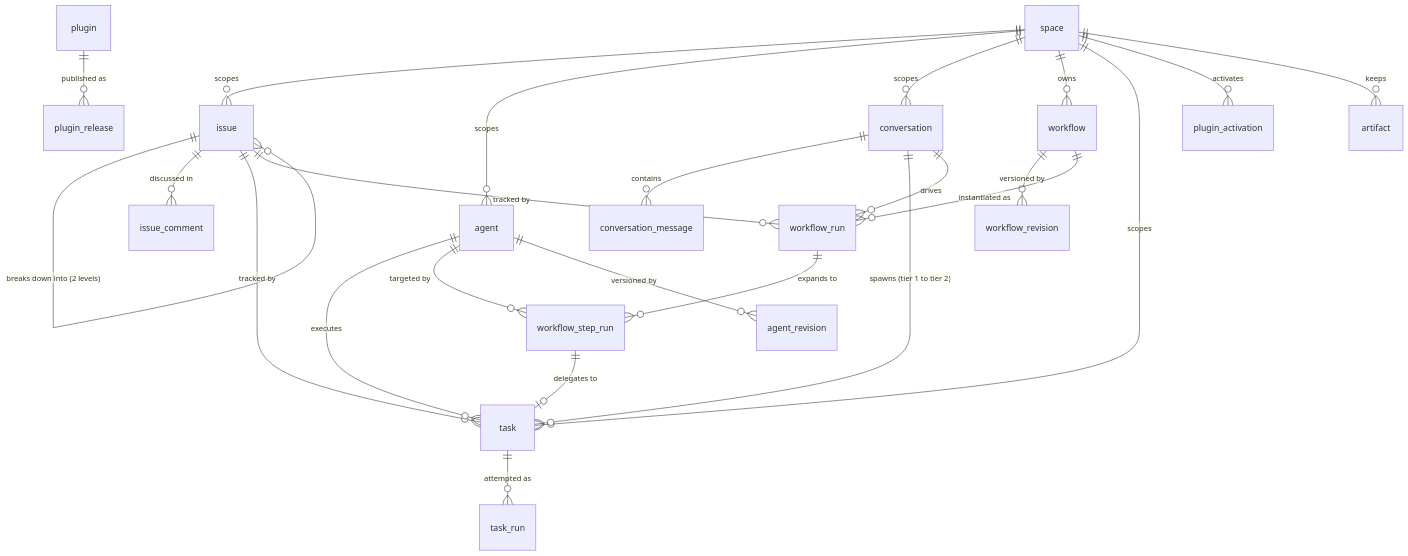
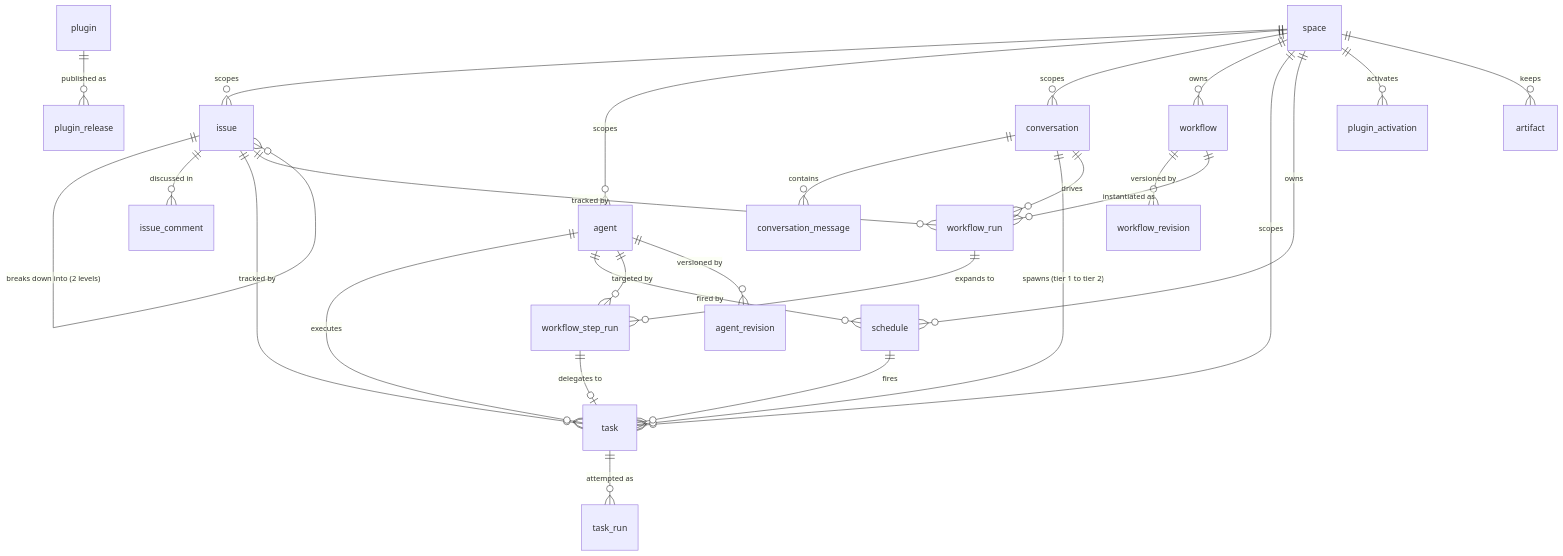
Before and after one commit to gougoujiang/buildmax: the first of 2 diagrams in docs/contribute/architecture/data-model.md, drawn with Mermaid. The commit also changed other lines of this file and 7 other files, not shown here.

First line of the commit message:
Add the Schedule domain, store, and Task schedule origin

````diff
--- a/docs/contribute/architecture/data-model.md
+++ b/docs/contribute/architecture/data-model.md
@@ -105,33 +105,36 @@
 ```mermaid
 erDiagram
     space ||--o{ issue : scopes
     space ||--o{ agent : scopes
     space ||--o{ conversation : scopes
     space ||--o{ workflow : owns
     space ||--o{ task : scopes
+    space ||--o{ schedule : owns
 
     conversation ||--o{ conversation_message : contains
     conversation ||--o{ task : "spawns (tier 1 to tier 2)"
     conversation ||--o{ workflow_run : drives
 
     issue ||--o{ issue : "breaks down into (2 levels)"
     issue ||--o{ issue_comment : "discussed in"
     issue ||--o{ task : "tracked by"
     issue ||--o{ workflow_run : "tracked by"
 
     agent ||--o{ task : executes
+    agent ||--o{ schedule : "fired by"
     agent ||--o{ workflow_step_run : "targeted by"
     agent ||--o{ agent_revision : "versioned by"
     workflow ||--o{ workflow_revision : "versioned by"
+    schedule ||--o{ task : "fires"
 
     plugin ||--o{ plugin_release : "published as"
     space ||--o{ plugin_activation : activates
 
     task ||--o{ task_run : "attempted as"
 
     space ||--o{ artifact : keeps
 
     workflow ||--o{ workflow_run : "instantiated as"
     workflow_run ||--o{ workflow_step_run : "expands to"
     workflow_step_run ||--o| task : "delegates to"
 ```
````
